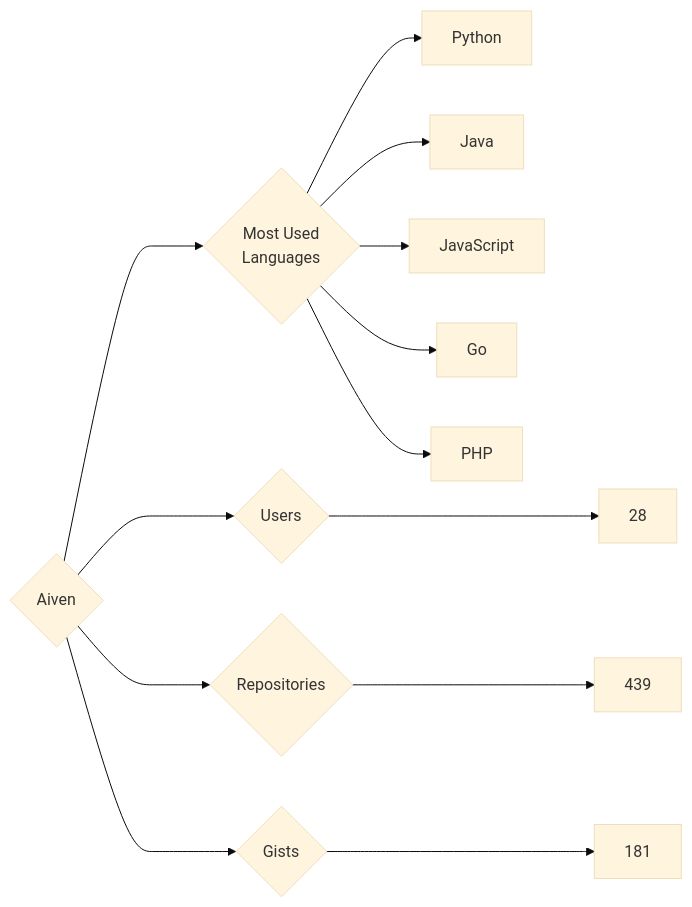
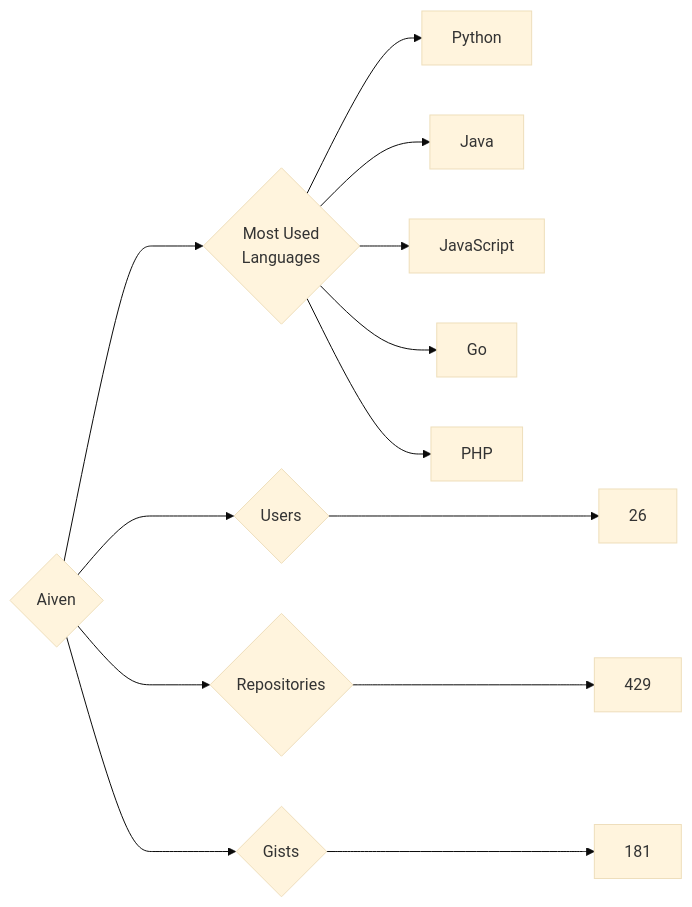
One commit to trickest/insiders changed the diagram in targets/Aiven/README.md. Above: the diagram before and after it, drawn with Mermaid (base theme). The commit also changed 1195 other files, not shown here.

````diff
--- a/targets/Aiven/README.md
+++ b/targets/Aiven/README.md
@@ -3,13 +3,13 @@
 ```mermaid
 graph LR
 COMPANY_NAME{Aiven}
-COMPANY_NAME ---> U{Users} ---> UN[28]
-COMPANY_NAME ---> R{Repositories} ---> RN[439]
+COMPANY_NAME ---> U{Users} ---> UN[26]
+COMPANY_NAME ---> R{Repositories} ---> RN[429]
 COMPANY_NAME ---> G{Gists} ---> GN[181]
 COMPANY_NAME ---> ML{Most Used<br>Languages}
 ML --> Python[Python]
 ML --> Java[Java]
 ML --> JavaScript[JavaScript]
 ML --> Go[Go]
 ML --> PHP[PHP]
 ```
````
